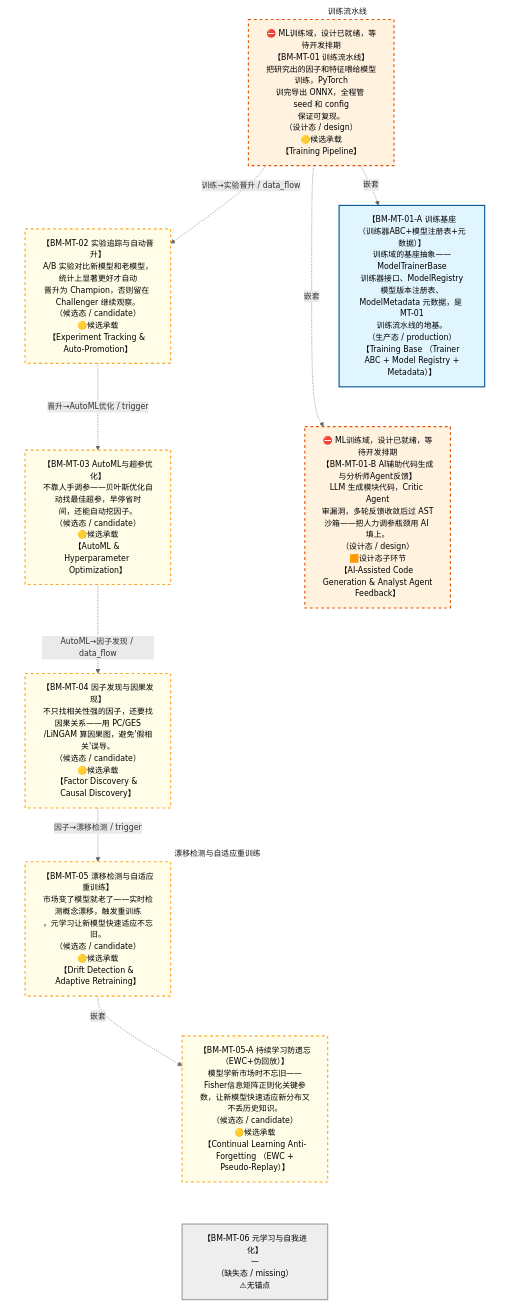
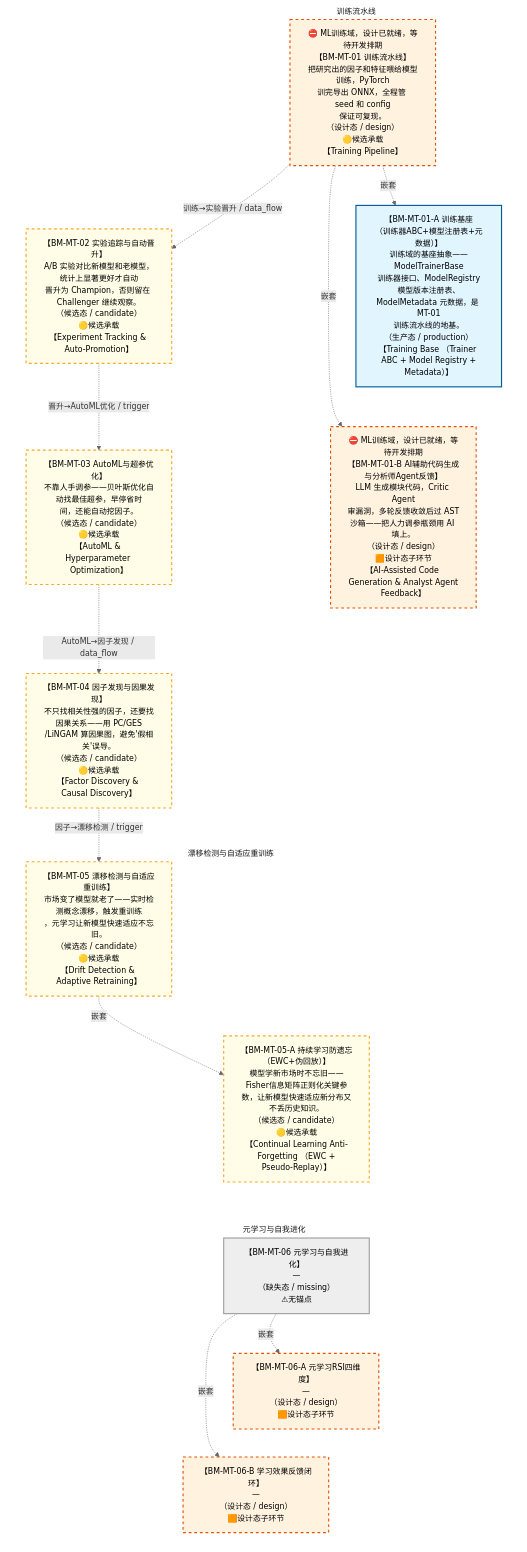
Before and after one commit to xuanFelixVan/ZephyrAlpha: the diagram in docs/02_enterprise_architecture/07_trading_decision_architecture/battle_map/battle_map_02_model_training.md, drawn with Mermaid. The commit also changed other lines of this file and 6 other files, not shown here.

````diff
--- a/docs/02_enterprise_architecture/07_trading_decision_architecture/battle_map/battle_map_02_model_training.md
+++ b/docs/02_enterprise_architecture/07_trading_decision_architecture/battle_map/battle_map_02_model_training.md
@@ -41,35 +41,41 @@
 ```mermaid
 %%{init: {'theme': 'base', 'themeVariables': {'primaryColor': '#eaeaea', 'primaryTextColor': '#333333', 'primaryBorderColor': '#666666', 'lineColor': '#666666', 'secondaryColor': '#eaeaea', 'tertiaryColor': '#eaeaea', 'clusterBkg': 'transparent', 'clusterBorder': 'transparent', 'fontSize': '14px'}}}%%
 %% 模型训练阶段图
 flowchart TD
     subgraph sg_BM_MT_01 ["训练流水线"]
         BM_MT_01["⛔ ML训练域，设计已就绪，等待开发排期<br/>【BM-MT-01 训练流水线】<br/>把研究出的因子和特征喂给模型训练，PyTorch<br/>训完导出 ONNX，全程管 seed 和 config<br/>保证可复现。<br/>（设计态 / design）<br/>🟡候选承载<br/>【Training Pipeline】"]
         BM_MT_01_A["【BM-MT-01-A 训练基座<br/>（训练器ABC+模型注册表+元数据）】<br/>训练域的基座抽象——ModelTrainerBase<br/>训练器接口、ModelRegistry<br/>模型版本注册表、ModelMetadata 元数据，是 MT-01<br/>训练流水线的地基。<br/>（生产态 / production）<br/>【Training Base （Trainer ABC + Model Registry +<br/>Metadata）】"]
         BM_MT_01_B["⛔ ML训练域，设计已就绪，等待开发排期<br/>【BM-MT-01-B AI辅助代码生成与分析师Agent反馈】<br/>LLM 生成模块代码，Critic Agent<br/>审漏洞，多轮反馈收敛后过 AST<br/>沙箱——把人力调参瓶颈用 AI 填上。<br/>（设计态 / design）<br/>🟧设计态子环节<br/>【AI-Assisted Code Generation &amp; Analyst Agent<br/>Feedback】"]
         BM_MT_01 -.->|嵌套| BM_MT_01_A
         BM_MT_01 -.->|嵌套| BM_MT_01_B
     end
     BM_MT_02["【BM-MT-02 实验追踪与自动晋升】<br/>A/B 实验对比新模型和老模型，统计上显著更好才自动<br/>晋升为 Champion，否则留在 Challenger 继续观察。<br/>（候选态 / candidate）<br/>🟡候选承载<br/>【Experiment Tracking &amp; Auto-Promotion】"]
     BM_MT_03["【BM-MT-03 AutoML与超参优化】<br/>不靠人手调参——贝叶斯优化自动找最佳超参，早停省时<br/>间，还能自动挖因子。<br/>（候选态 / candidate）<br/>🟡候选承载<br/>【AutoML &amp; Hyperparameter Optimization】"]
     BM_MT_04["【BM-MT-04 因子发现与因果发现】<br/>不只找相关性强的因子，还要找因果关系——用 PC/GES<br/>/LiNGAM 算因果图，避免'假相关'误导。<br/>（候选态 / candidate）<br/>🟡候选承载<br/>【Factor Discovery &amp; Causal Discovery】"]
     subgraph sg_BM_MT_05 ["漂移检测与自适应重训练"]
         BM_MT_05["【BM-MT-05 漂移检测与自适应重训练】<br/>市场变了模型就老了——实时检测概念漂移，触发重训练<br/>，元学习让新模型快速适应不忘旧。<br/>（候选态 / candidate）<br/>🟡候选承载<br/>【Drift Detection &amp; Adaptive Retraining】"]
         BM_MT_05_A["【BM-MT-05-A 持续学习防遗忘（EWC+伪回放）】<br/>模型学新市场时不忘旧——Fisher信息矩阵正则化关键参<br/>数，让新模型快速适应新分布又不丢历史知识。<br/>（候选态 / candidate）<br/>🟡候选承载<br/>【Continual Learning Anti-Forgetting （EWC +<br/>Pseudo-Replay）】"]
         BM_MT_05 -.->|嵌套| BM_MT_05_A
     end
-    BM_MT_06["【BM-MT-06 元学习与自我进化】<br/>—<br/>（缺失态 / missing）<br/>⚠无锚点"]
-    BM_MT_01 ~~~ BM_MT_01_A ~~~ BM_MT_01_B ~~~ BM_MT_05_A ~~~ BM_MT_06
+    subgraph sg_BM_MT_06 ["元学习与自我进化"]
+        BM_MT_06["【BM-MT-06 元学习与自我进化】<br/>—<br/>（缺失态 / missing）<br/>⚠无锚点"]
+        BM_MT_06_A["【BM-MT-06-A 元学习RSI四维度】<br/>—<br/>（设计态 / design）<br/>🟧设计态子环节"]
+        BM_MT_06_B["【BM-MT-06-B 学习效果反馈闭环】<br/>—<br/>（设计态 / design）<br/>🟧设计态子环节"]
+        BM_MT_06 -.->|嵌套| BM_MT_06_A
+        BM_MT_06 -.->|嵌套| BM_MT_06_B
+    end
+    BM_MT_01 ~~~ BM_MT_01_A ~~~ BM_MT_01_B ~~~ BM_MT_05_A ~~~ BM_MT_06 ~~~ BM_MT_06_A ~~~ BM_MT_06_B
     BM_MT_01 -.->|训练→实验晋升 / data_flow| BM_MT_02
     BM_MT_02 -.->|晋升→AutoML优化 / trigger| BM_MT_03
     BM_MT_03 -.->|AutoML→因子发现 / data_flow| BM_MT_04
     BM_MT_04 -.->|因子→漂移检测 / trigger| BM_MT_05
 classDef production fill:#e1f5fe,stroke:#01579b,stroke-width:2px,color:#000
 classDef design fill:#fff3e0,stroke:#e65100,stroke-width:2px,color:#000,stroke-dasharray: 5 5
 classDef deprecated fill:#ffebee,stroke:#c62828,stroke-width:2px,color:#000
 classDef missing fill:#eeeeee,stroke:#9e9e9e,stroke-width:2px,color:#000
 classDef candidate fill:#fffde7,stroke:#f9a825,stroke-width:2px,color:#000,stroke-dasharray: 5 5
     class BM_MT_01_A production
-    class BM_MT_01,BM_MT_01_B design
+    class BM_MT_01,BM_MT_01_B,BM_MT_06_A,BM_MT_06_B design
     class BM_MT_06 missing
     class BM_MT_02,BM_MT_03,BM_MT_04,BM_MT_05,BM_MT_05_A candidate
 ```
````
